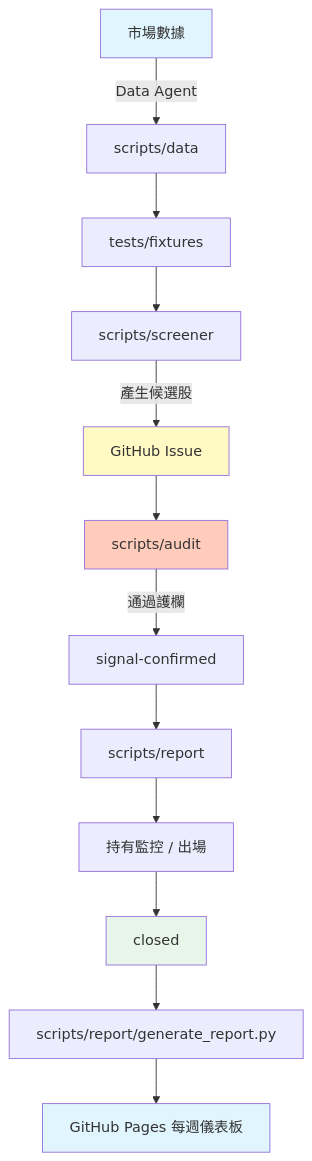
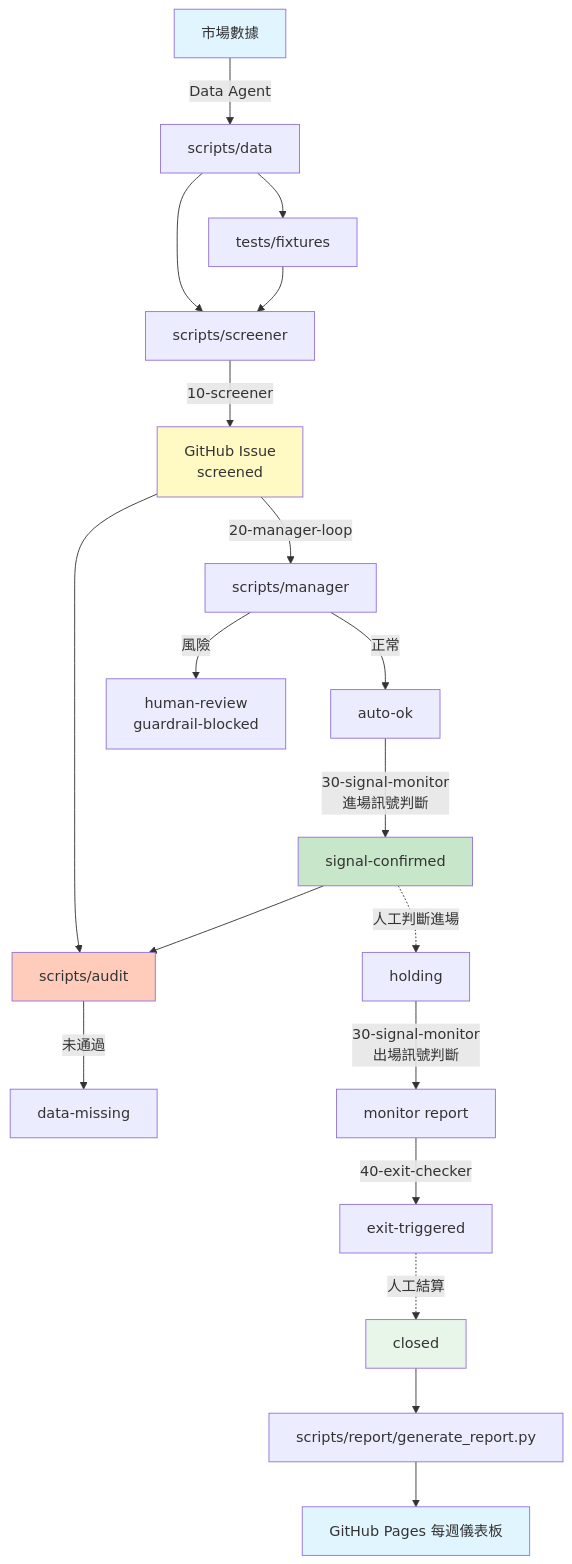
The diagram in README.md (nicklai12/tw-institutional-strategy), drawn with Mermaid before and after one commit. The commit also changed other lines of this file, not shown here.

First line of the commit message:
Update README.md with revised workflow and signal monitor docs

````diff
--- a/README.md
+++ b/README.md
@@ -9,20 +9,28 @@
 ```mermaid
 graph TD
     A[市場數據] -->|Data Agent| B[scripts/data]
     B --> C[tests/fixtures]
-    C --> D[scripts/screener]
-    D -->|產生候選股| E[GitHub Issue]
+    B --> D[scripts/screener]
+    C --> D
+    D -->|10-screener| E[GitHub Issue<br/>screened]
+    E -->|20-manager-loop| F2[scripts/manager]
+    F2 -->|正常| G0[auto-ok]
+    F2 -->|風險| G1[human-review<br/>guardrail-blocked]
+    G0 -->|30-signal-monitor<br/>進場訊號判斷| G[signal-confirmed]
     E --> F[scripts/audit]
-    F -->|通過護欄| G[signal-confirmed]
-    G --> H[scripts/report]
-    H --> I[持有監控 / 出場]
-    I --> J[closed]
+    G --> F
+    F -->|未通過| FX[data-missing]
+    G -. 人工判斷進場 .-> H[holding]
+    H -->|30-signal-monitor<br/>出場訊號判斷| I0[monitor report]
+    I0 -->|40-exit-checker| I[exit-triggered]
+    I -. 人工結算 .-> J[closed]
     J --> K[scripts/report/generate_report.py]
     K --> L[GitHub Pages 每週儀表板]
 
     style A fill:#e1f5fe
     style E fill:#fff9c4
+    style G fill:#c8e6c9
     style F fill:#ffccbc
     style J fill:#e8f5e9
     style L fill:#e1f5fe
 ```
````
